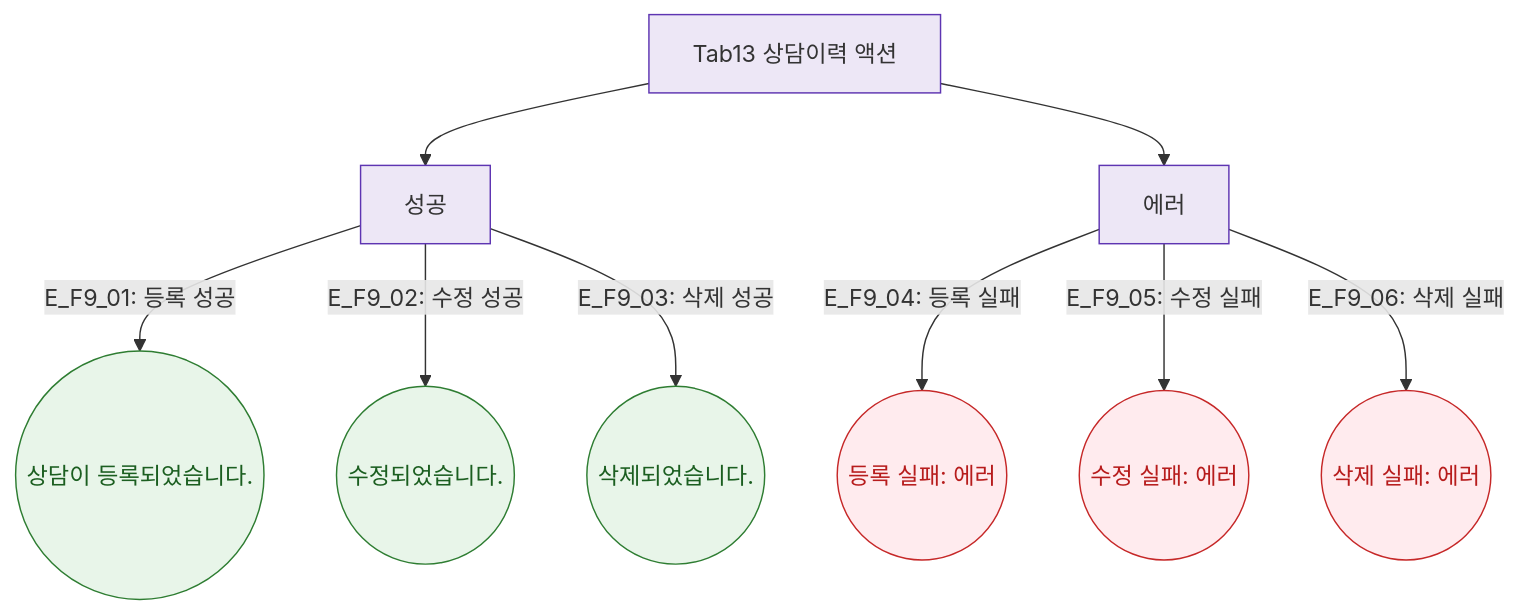
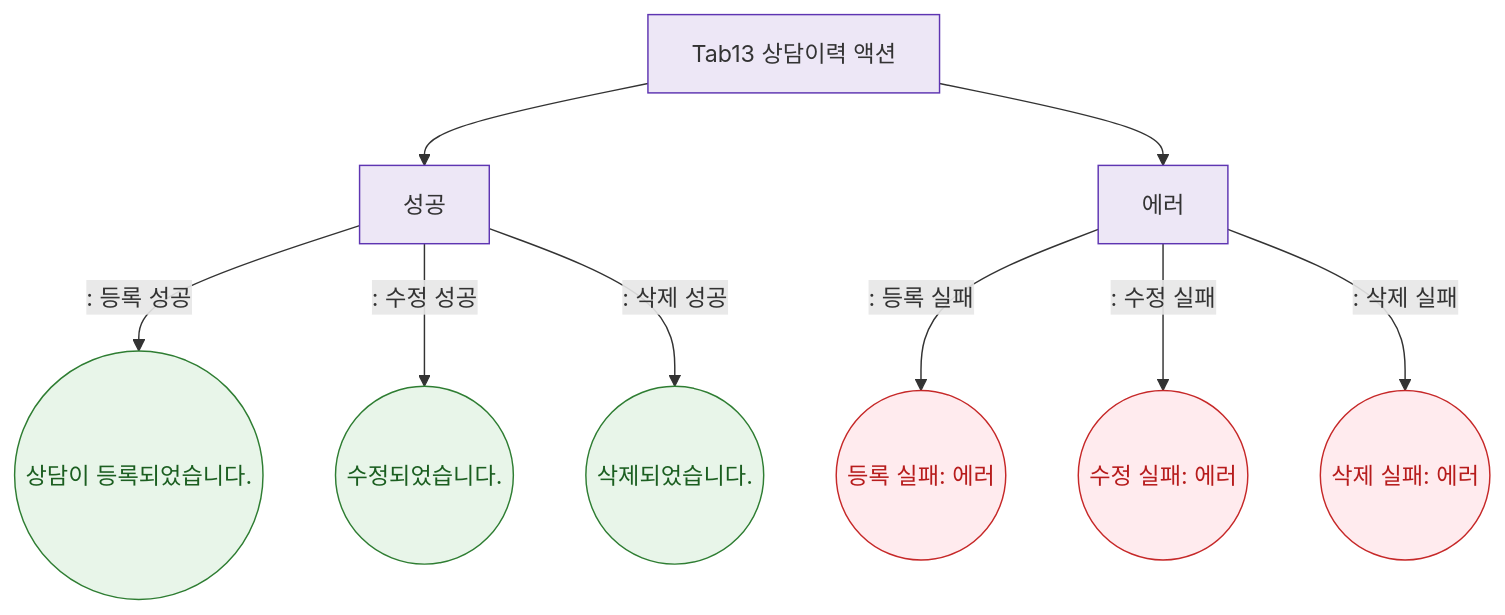
One commit to dev-spogym/admin-pando changed the diagram in docs/다이어그램/D02_회원관리/SCR-M004_회원상세/Tab13_상담이력/F9_토스트.md. Above: the diagram before and after it, drawn with Mermaid. The commit also changed other lines of this file and 1660 other files, not shown here.

First line of the commit message:
다이어그램: 기획자/클라이언트 납품본으로 정리

````diff
--- a/docs/다이어그램/D02_회원관리/SCR-M004_회원상세/Tab13_상담이력/F9_토스트.md
+++ b/docs/다이어그램/D02_회원관리/SCR-M004_회원상세/Tab13_상담이력/F9_토스트.md
@@ -22,19 +20,19 @@
 ```mermaid
 flowchart TD
   ACTIONS[Tab13 상담이력 액션] --> T_OK[성공]
   ACTIONS --> T_ERR[에러]
 
-  T_OK -->|"E_F9_01: 등록 성공"| TS1((상담이 등록되었습니다.))
-  T_OK -->|"E_F9_02: 수정 성공"| TS2((수정되었습니다.))
-  T_OK -->|"E_F9_03: 삭제 성공"| TS3((삭제되었습니다.))
-  T_ERR -->|"E_F9_04: 등록 실패"| TE1((등록 실패: 에러))
-  T_ERR -->|"E_F9_05: 수정 실패"| TE2((수정 실패: 에러))
-  T_ERR -->|"E_F9_06: 삭제 실패"| TE3((삭제 실패: 에러))
+  T_OK -->|": 등록 성공"|TS1((상담이 등록되었습니다.))
+  T_OK -->|": 수정 성공"|TS2((수정되었습니다.))
+  T_OK -->|": 삭제 성공"|TS3((삭제되었습니다.))
+  T_ERR -->|": 등록 실패"|TE1((등록 실패: 에러))
+  T_ERR -->|": 수정 실패"|TE2((수정 실패: 에러))
+  T_ERR -->|": 삭제 실패"|TE3((삭제 실패: 에러))
 
   classDef success fill:#E8F5E9,stroke:#2E7D32,color:#1B5E20
   classDef error fill:#FFEBEE,stroke:#C62828,color:#B71C1C
   classDef system fill:#EDE7F6,stroke:#5E35B2
   class TS1,TS2,TS3 success
   class TE1,TE2,TE3 error
   class ACTIONS,T_OK,T_ERR system
 ```
````
